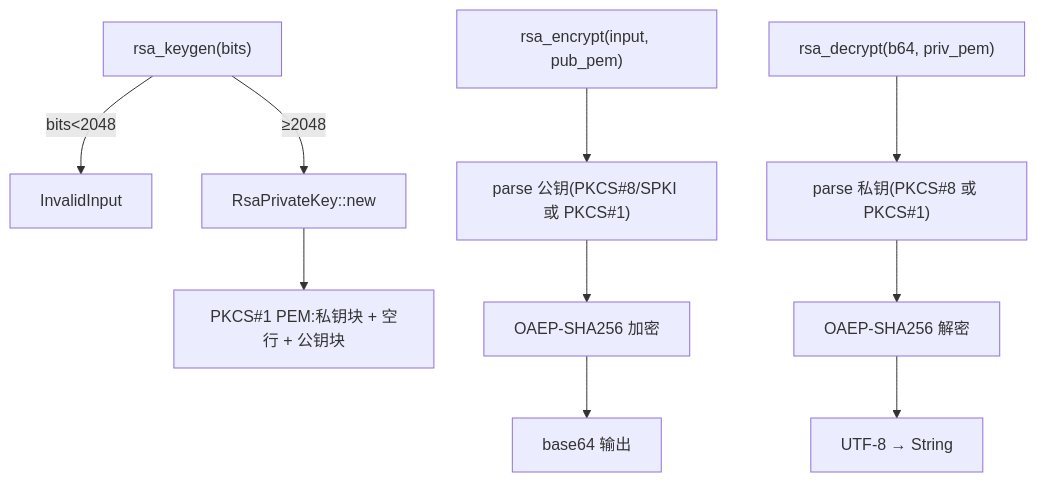
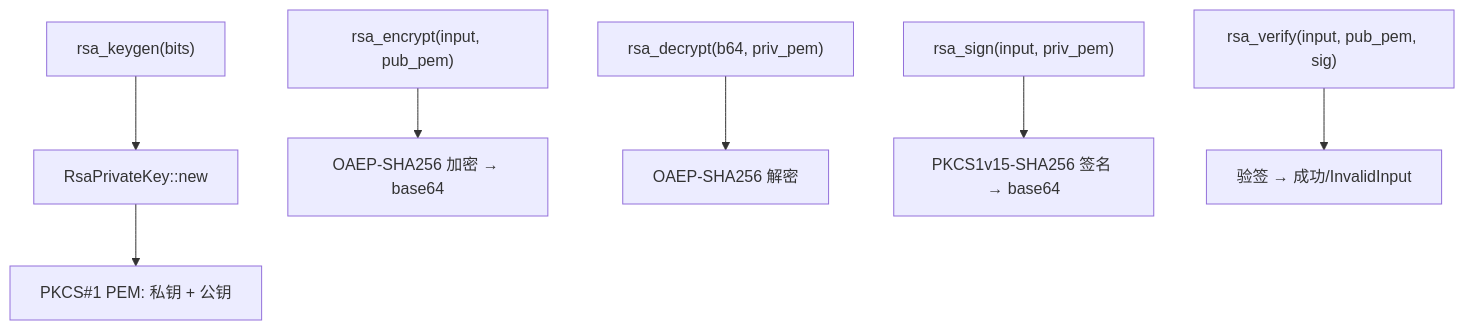
Before and after one commit to int2t05/NexToolkit: the seventh of 8 diagrams in docs/flow.md, drawn with Mermaid. The commit also changed other lines of this file and 5 other files, not shown here.

First line of the commit message:
docs: 全量重构——prd/tech/api/flow/todo + README,mermaid 为主,简洁成熟

````diff
--- a/docs/flow.md
+++ b/docs/flow.md
@@ -60,12 +97,9 @@
 ```mermaid
 flowchart TD
-  KG["rsa_keygen(bits)"] -->|"bits<2048"| REJ["InvalidInput"]
-  KG -->|"≥2048"| GEN["RsaPrivateKey::new"]
-  GEN --> PEM["PKCS#1 PEM:私钥块 + 空行 + 公钥块"]
-  ENC["rsa_encrypt(input, pub_pem)"] --> PE["parse 公钥(PKCS#8/SPKI 或 PKCS#1)"]
-  PE --> OE["OAEP-SHA256 加密"]
-  OE --> EB["base64 输出"]
-  DEC["rsa_decrypt(b64, priv_pem)"] --> PD["parse 私钥(PKCS#8 或 PKCS#1)"]
-  PD --> OD["OAEP-SHA256 解密"]
-  OD --> U2["UTF-8 → String"]
+  KG["rsa_keygen(bits)"] --> GEN["RsaPrivateKey::new"]
+  GEN --> PEM["PKCS#1 PEM: 私钥 + 公钥"]
+  ENC["rsa_encrypt(input, pub_pem)"] --> OE["OAEP-SHA256 加密 → base64"]
+  DEC["rsa_decrypt(b64, priv_pem)"] --> OD["OAEP-SHA256 解密"]
+  SIGN["rsa_sign(input, priv_pem)"] --> SG["PKCS1v15-SHA256 签名 → base64"]
+  VERIFY["rsa_verify(input, pub_pem, sig)"] --> VF["验签 → 成功/InvalidInput"]
 ```
````
